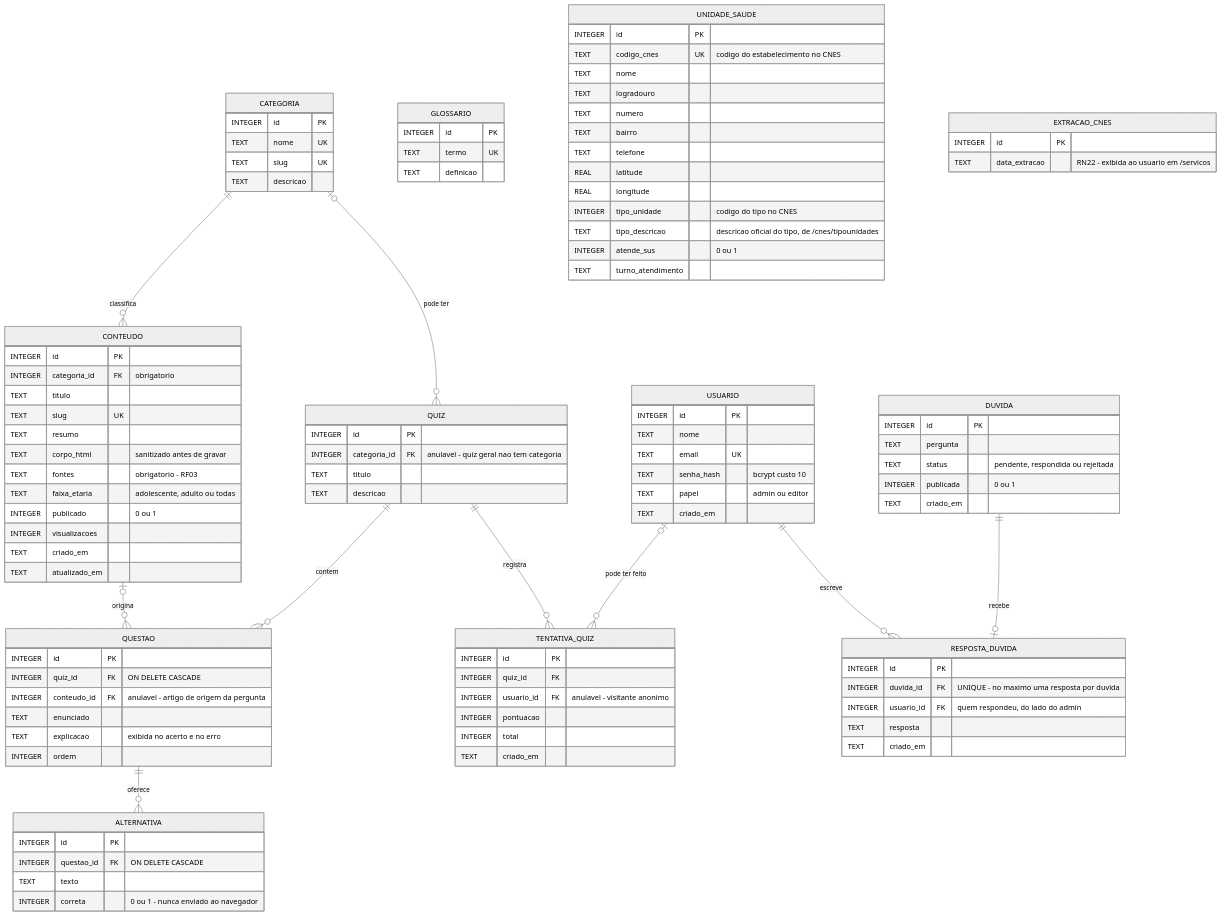
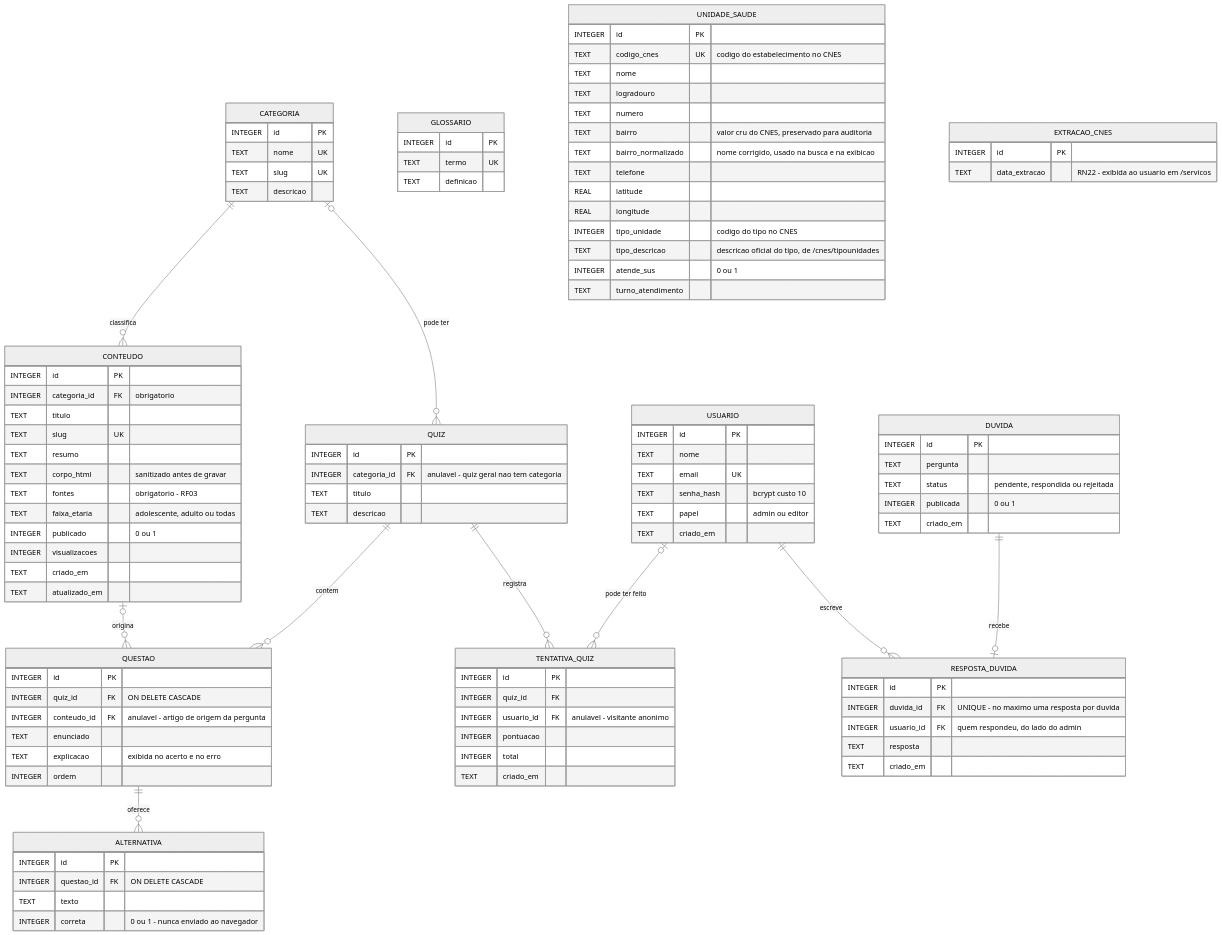
The diagram in docs/der.md (figueiredxx/vida-cuidaa), drawn with Mermaid (neutral theme) before and after one commit. The commit also changed other lines of this file and 16 other files, not shown here.

First line of the commit message:
feat: busca de unidades de saude por bairro

```diff
--- a/docs/der.md
+++ b/docs/der.md
@@ -118,7 +118,8 @@
         TEXT nome
         TEXT logradouro
         TEXT numero
-        TEXT bairro
+        TEXT bairro "valor cru do CNES, preservado para auditoria"
+        TEXT bairro_normalizado "nome corrigido, usado na busca e na exibicao"
         TEXT telefone
         REAL latitude
         REAL longitude
```
